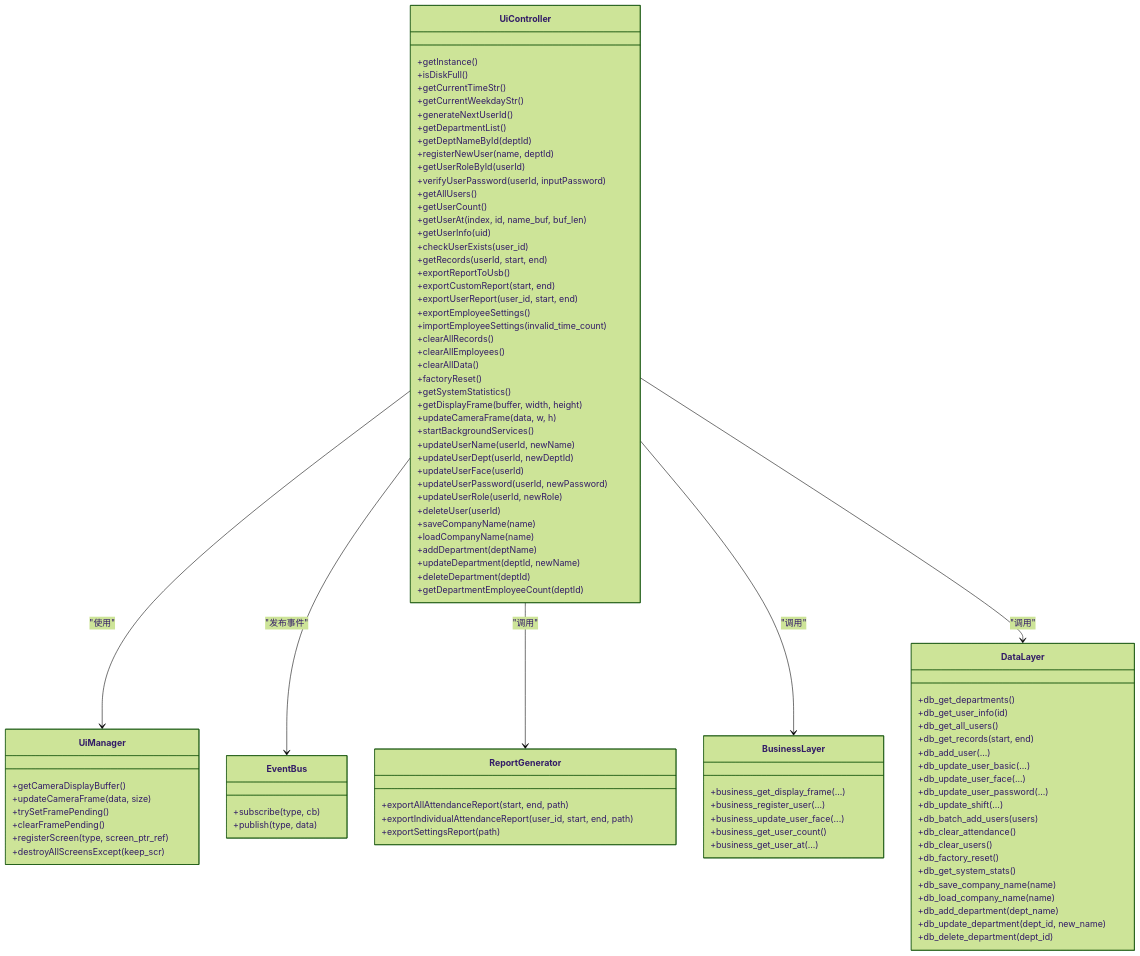
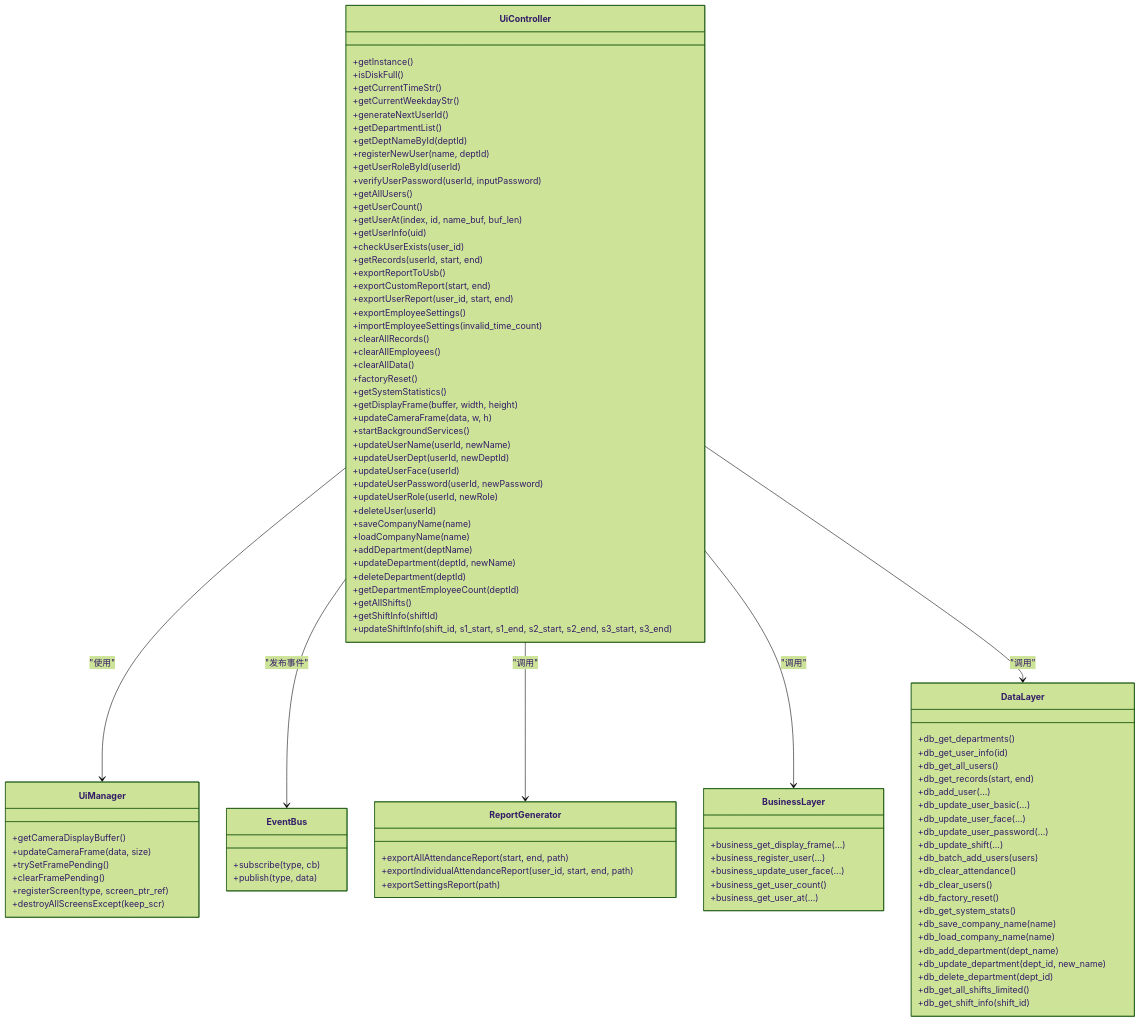
The third of 3 diagrams in .qoder/repowiki/zh/content/API接口参考/UI层API接口.md (Drunk552/SmartAttendance), drawn with Mermaid (forest theme) before and after one commit. The commit also changed other lines of this file and 13 other files, not shown here.

```diff
--- a/.qoder/repowiki/zh/content/API接口参考/UI层API接口.md
+++ b/.qoder/repowiki/zh/content/API接口参考/UI层API接口.md
@@ -577,6 +614,9 @@
 +updateDepartment(deptId, newName)
 +deleteDepartment(deptId)
 +getDepartmentEmployeeCount(deptId)
++getAllShifts()
++getShiftInfo(shiftId)
++updateShiftInfo(shift_id, s1_start, s1_end, s2_start, s2_end, s3_start, s3_end)
 }
 class UiManager {
 +getCameraDisplayBuffer()
@@ -622,6 +662,8 @@
 +db_add_department(dept_name)
 +db_update_department(dept_id, new_name)
 +db_delete_department(dept_id)
++db_get_all_shifts_limited()
++db_get_shift_info(shift_id)
 }
 UiController --> UiManager : "使用"
 UiController --> EventBus : "发布事件"
```
